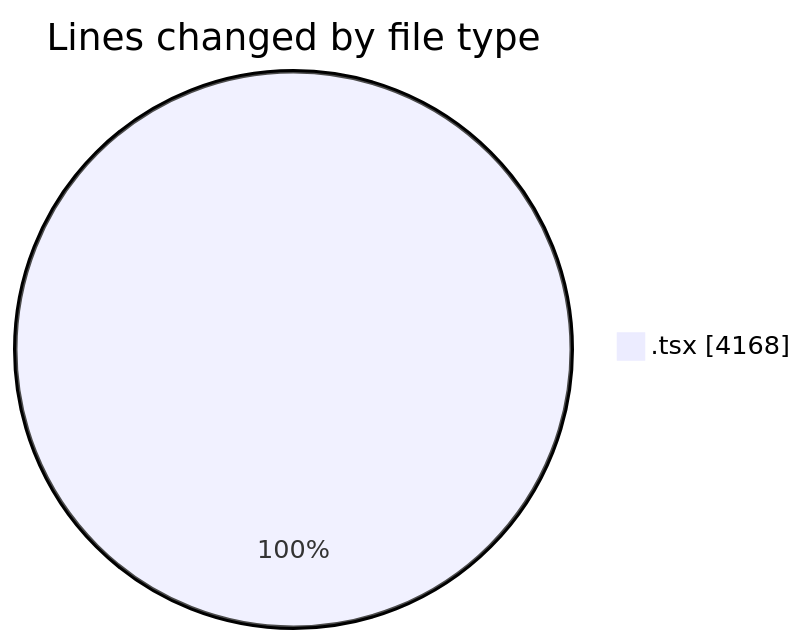
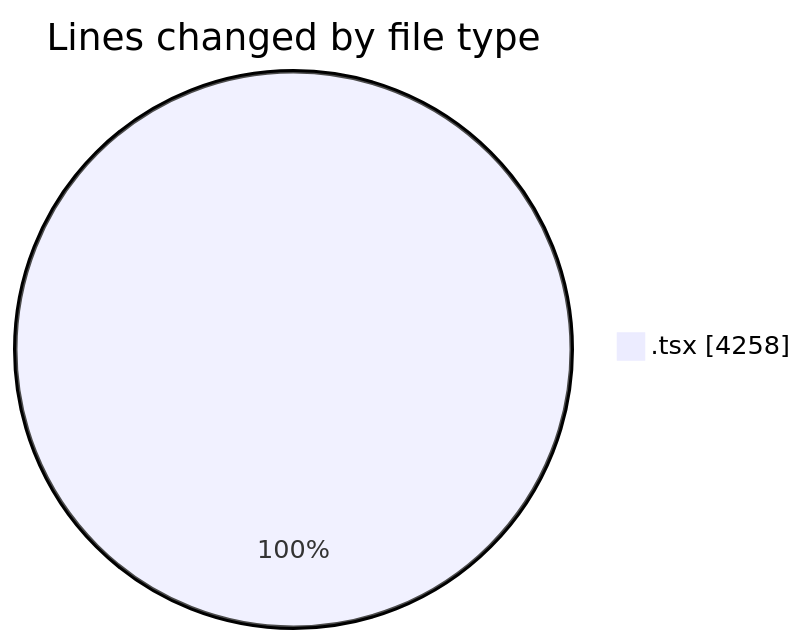
The first of 2 diagrams in 2026-06-25/nxtqube_webapp/README.md (nxtqubesakshisongat/code-tracking), drawn with Mermaid before and after one commit. The commit also changed other lines of this file and 1 other file, not shown here.

````diff
--- a/2026-06-25/nxtqube_webapp/README.md
+++ b/2026-06-25/nxtqube_webapp/README.md
@@ -22,5 +22,5 @@
 ```mermaid
 pie showData
 title Lines changed by file type
-".tsx" : 4168
+".tsx" : 4258
 ```
````
